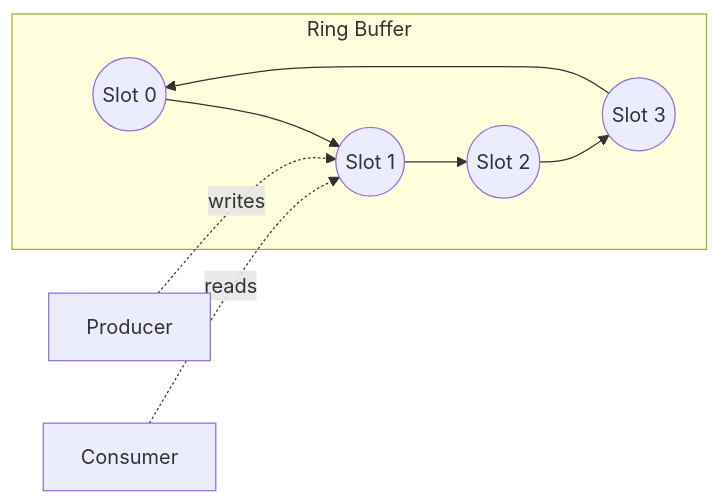
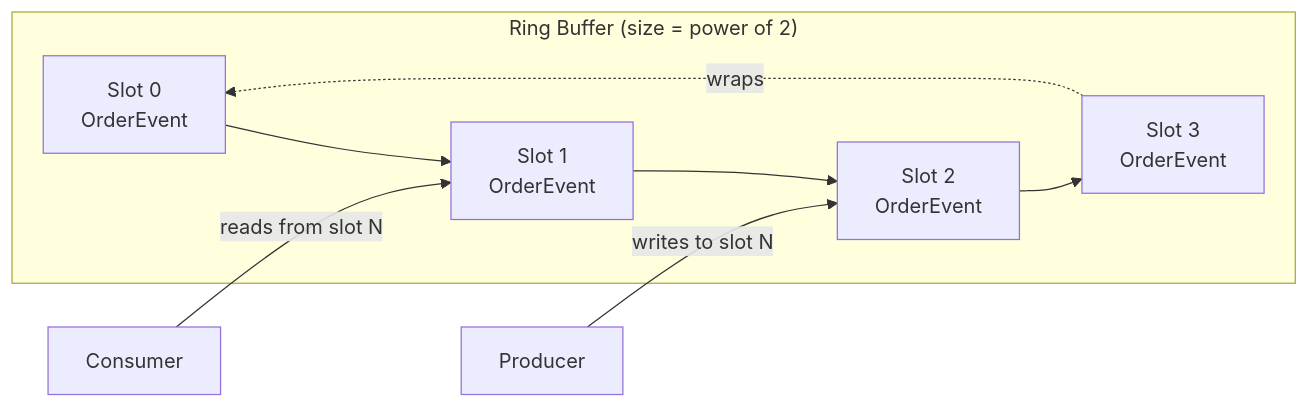
Before and after one commit to drag0sd0g/SobySequencer: the second of 7 diagrams in docs/ARCHITECTURE.md, drawn with Mermaid. The commit also changed other lines of this file and 6 other files, not shown here.

````diff
--- a/docs/ARCHITECTURE.md
+++ b/docs/ARCHITECTURE.md
@@ -38,9 +107,9 @@
 ```mermaid
 flowchart LR
-    subgraph RingBuffer [Ring Buffer]
-        A1((Slot 0)) --> A2((Slot 1)) --> A3((Slot 2)) --> A4((Slot 3))
-        A4 --> A1
+    subgraph RingBuffer["Ring Buffer (size = power of 2)"]
+        S0["Slot 0\nOrderEvent"] --> S1["Slot 1\nOrderEvent"] --> S2["Slot 2\nOrderEvent"] --> S3["Slot 3\nOrderEvent"]
+        S3 -.->|wraps| S0
     end
-    Producer -.->|writes| A2
-    Consumer -.->|reads| A2
+    Producer -->|"writes to slot N"| S2
+    Consumer -->|"reads from slot N"| S1
 ```
````
